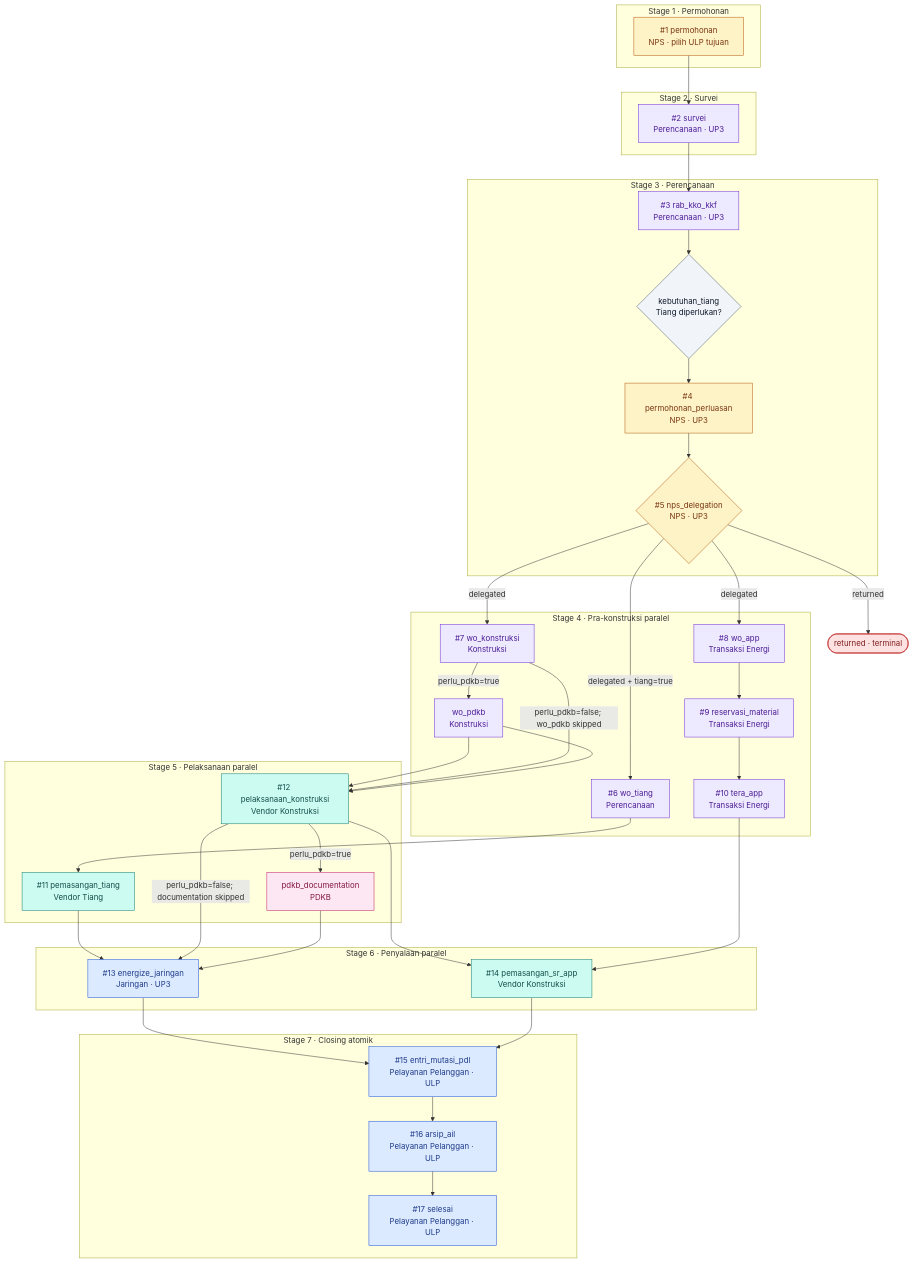
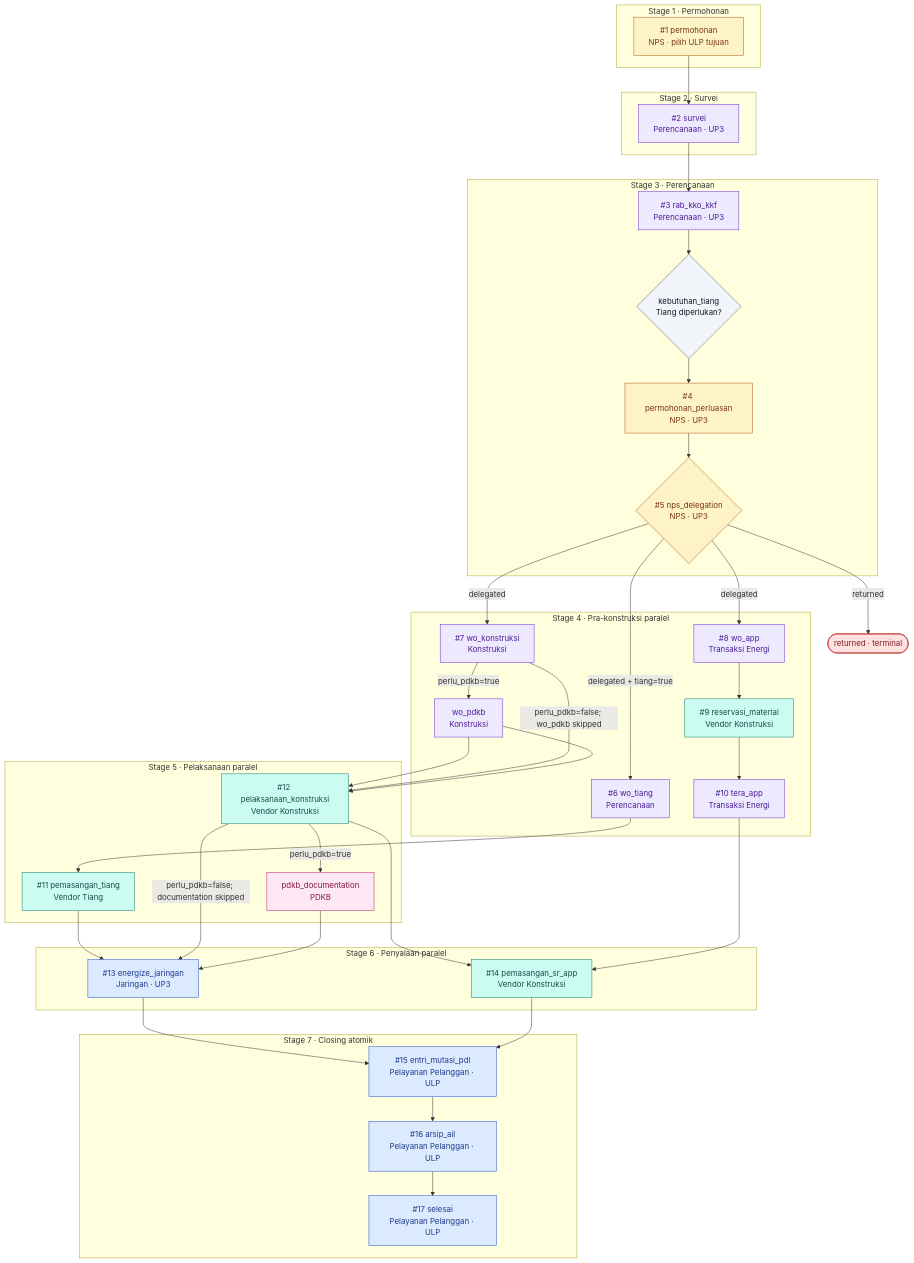
Before and after one commit to pln-colabora/colabora-be: the diagram in docs/architecture/diagrams/02-workflow-plg-tm.md, drawn with Mermaid. The commit also changed 20 other files, not shown here.

Commit message:
fix: rbac reservasi material move to vendor konstruksi

````diff
--- a/docs/architecture/diagrams/02-workflow-plg-tm.md
+++ b/docs/architecture/diagrams/02-workflow-plg-tm.md
@@ -9,74 +9,75 @@
 ```mermaid
 flowchart TD
   classDef ulp fill:#dbeafe,stroke:#1d4ed8,color:#1e3a8a
   classDef up3 fill:#ede9fe,stroke:#6d28d9,color:#4c1d95
   classDef nps fill:#fef3c7,stroke:#b45309,color:#78350f
   classDef vendor fill:#ccfbf1,stroke:#0f766e,color:#134e4a
   classDef pdkb fill:#fce7f3,stroke:#be185d,color:#831843
   classDef decision fill:#f1f5f9,stroke:#475569,color:#0f172a
   classDef terminal fill:#fee2e2,stroke:#b91c1c,color:#7f1d1d
 
   subgraph S1["Stage 1 · Permohonan"]
     permohonan["#1 permohonan<br/>NPS · pilih ULP tujuan"]
   end
   subgraph S2["Stage 2 · Survei"]
     survei["#2 survei<br/>Perencanaan · UP3"]
   end
   subgraph S3["Stage 3 · Perencanaan"]
     rab_kko_kkf["#3 rab_kko_kkf<br/>Perencanaan · UP3"]
     kebutuhan_tiang{"kebutuhan_tiang<br/>Tiang diperlukan?"}
     permohonan_perluasan["#4 permohonan_perluasan<br/>NPS · UP3"]
     nps_delegation{"#5 nps_delegation<br/>NPS · UP3"}
   end
   subgraph S4["Stage 4 · Pra-konstruksi paralel"]
     wo_tiang["#6 wo_tiang<br/>Perencanaan"]
     wo_konstruksi["#7 wo_konstruksi<br/>Konstruksi"]
     wo_pdkb["wo_pdkb<br/>Konstruksi"]
     wo_app["#8 wo_app<br/>Transaksi Energi"]
-    reservasi_material["#9 reservasi_material<br/>Transaksi Energi"]
+    reservasi_material["#9 reservasi_material<br/>Vendor Konstruksi"]
     tera_app["#10 tera_app<br/>Transaksi Energi"]
   end
   subgraph S5["Stage 5 · Pelaksanaan paralel"]
     pemasangan_tiang["#11 pemasangan_tiang<br/>Vendor Tiang"]
     pelaksanaan_konstruksi["#12 pelaksanaan_konstruksi<br/>Vendor Konstruksi"]
     pdkb_documentation["pdkb_documentation<br/>PDKB"]
   end
   subgraph S6["Stage 6 · Penyalaan paralel"]
     energize_jaringan["#13 energize_jaringan<br/>Jaringan · UP3"]
     pemasangan_sr_app["#14 pemasangan_sr_app<br/>Vendor Konstruksi"]
   end
   subgraph S7["Stage 7 · Closing atomik"]
     entri_mutasi_pdl["#15 entri_mutasi_pdl<br/>Pelayanan Pelanggan · ULP"]
     arsip_ail["#16 arsip_ail<br/>Pelayanan Pelanggan · ULP"]
     selesai["#17 selesai<br/>Pelayanan Pelanggan · ULP"]
   end
   returned(["returned · terminal"])
 
   permohonan --> survei --> rab_kko_kkf --> kebutuhan_tiang --> permohonan_perluasan --> nps_delegation
   nps_delegation -->|returned| returned
   nps_delegation -->|delegated + tiang=true| wo_tiang
   nps_delegation -->|delegated| wo_konstruksi
   nps_delegation -->|delegated| wo_app
   wo_tiang --> pemasangan_tiang
   wo_konstruksi -->|perlu_pdkb=true| wo_pdkb --> pelaksanaan_konstruksi
   wo_konstruksi -->|perlu_pdkb=false; wo_pdkb skipped| pelaksanaan_konstruksi
   wo_pdkb --> pelaksanaan_konstruksi
   wo_app --> reservasi_material --> tera_app
   pemasangan_tiang --> energize_jaringan
   pelaksanaan_konstruksi -->|perlu_pdkb=true| pdkb_documentation
   pelaksanaan_konstruksi -->|perlu_pdkb=false; documentation skipped| energize_jaringan
   pdkb_documentation --> energize_jaringan
   pelaksanaan_konstruksi --> pemasangan_sr_app
   tera_app --> pemasangan_sr_app
   energize_jaringan --> entri_mutasi_pdl
   pemasangan_sr_app --> entri_mutasi_pdl
   entri_mutasi_pdl --> arsip_ail --> selesai
 
   class energize_jaringan,entri_mutasi_pdl,arsip_ail,selesai ulp
-  class survei,rab_kko_kkf,wo_tiang,wo_konstruksi,wo_pdkb,wo_app,reservasi_material,tera_app up3
+  class survei,rab_kko_kkf,wo_tiang,wo_konstruksi,wo_pdkb,wo_app,tera_app up3
+  class reservasi_material vendor
   class permohonan,permohonan_perluasan,nps_delegation nps
   class pemasangan_tiang,pelaksanaan_konstruksi,pemasangan_sr_app vendor
   class pdkb_documentation pdkb
   class kebutuhan_tiang decision
   class returned terminal
 ```
````
